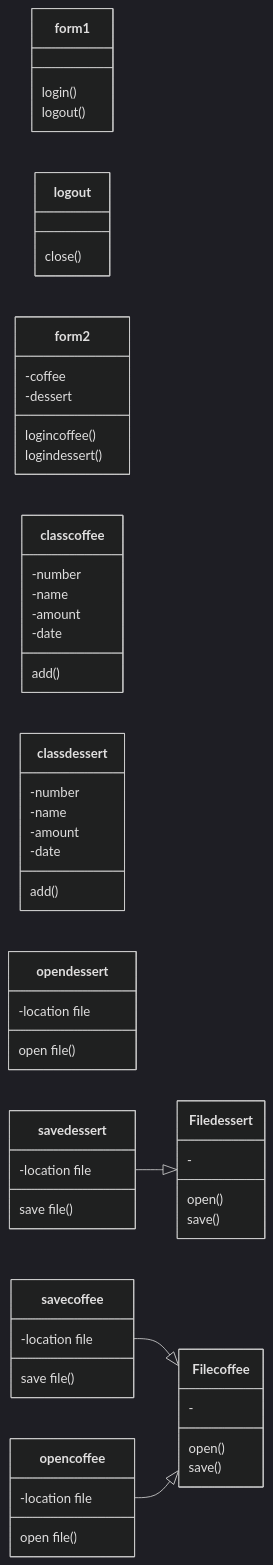
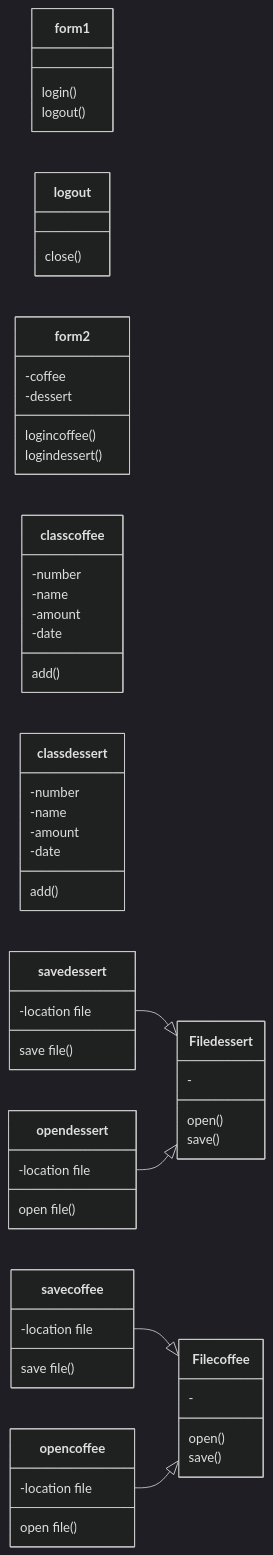
The diagram in README.md (Syxsaran/ReportSalesCoffee), drawn with Mermaid (dark theme) before and after one commit.

````diff
--- a/README.md
+++ b/README.md
@@ -11,61 +11,62 @@
 ```mermaid
 classDiagram
   direction LR
   class form1{
   login()
   logout()
   }
   class logout{
   close()
   }
   class form2{
   -coffee
   -dessert
   logincoffee()
   logindessert()
   }
   class classcoffee{
   -number
   -name
   -amount
   -date
   add()
   }
   class classdessert{
   -number
   -name
   -amount
   -date
   add()
   }
   class Filecoffee{
   -
   open()
   save()
   }
   class Filedessert{
   -
   open()
   save()
   }
   class opendessert{
   -location file
   open file()
   }
   class savedessert{
   -location file
   save file()
   }
   class opencoffee{
   -location file
   open file()
   }
   class savecoffee{
   -location file
   save file()
   }
   savecoffee --|> Filecoffee
   opencoffee --|> Filecoffee
   
   savedessert --|> Filedessert
+  opendessert --|> Filedessert
   ```
````
